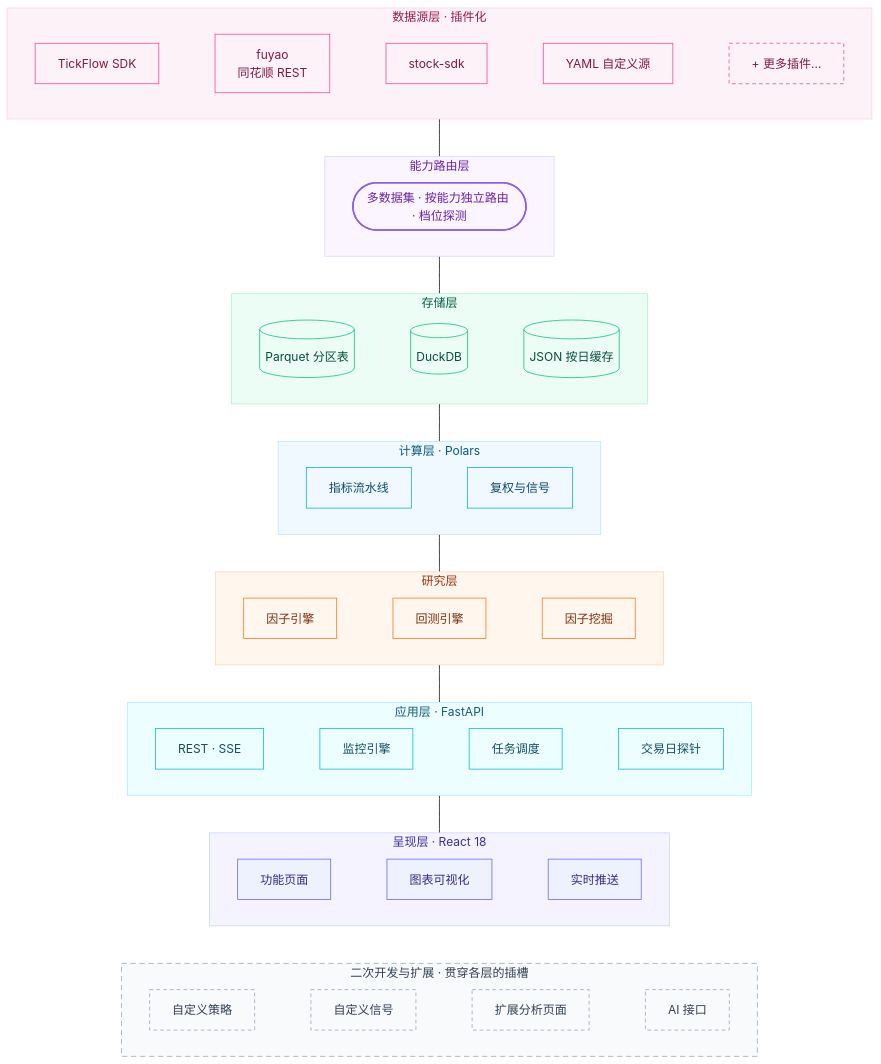
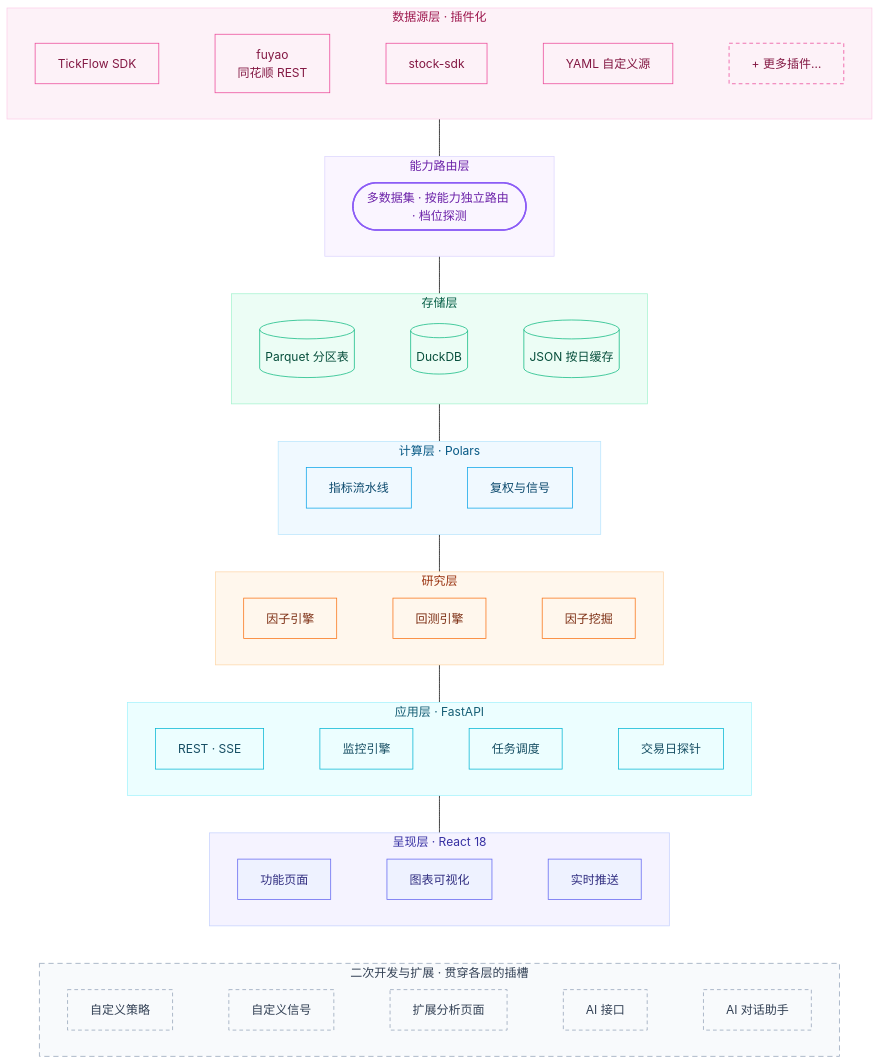
One commit to 899ms/tickflow-stock-panel changed the diagram in README.md. Above: the diagram before and after it, drawn with Mermaid (forest theme). The commit also changed other lines of this file and 19 other files, not shown here.

````diff
--- a/README.md
+++ b/README.md
@@ -216,79 +256,79 @@
 ```mermaid
 flowchart TB
     subgraph DATA["数据源层 · 插件化"]
         direction LR
         D1["TickFlow SDK"] ~~~ D2["fuyao<br/>同花顺 REST"] ~~~ D3["stock-sdk"] ~~~ D4["YAML 自定义源"] ~~~ D5["+ 更多插件…"]
     end
 
     subgraph ROUTE["能力路由层"]
         direction LR
         R(["多数据集 · 按能力独立路由 · 档位探测"])
     end
 
     subgraph STORE["存储层"]
         direction LR
         ST1[("Parquet 分区表")] ~~~ ST2[("DuckDB")] ~~~ ST3[("JSON 按日缓存")]
     end
 
     subgraph CALC["计算层 · Polars"]
         direction LR
         C1["指标流水线"] ~~~ C2["复权与信号"]
     end
 
     subgraph RES["研究层"]
         direction LR
         G1["因子引擎"] ~~~ G2["回测引擎"] ~~~ G3["因子挖掘"]
     end
 
     subgraph SVC["应用层 · FastAPI"]
         direction LR
         S1["REST · SSE"] ~~~ S2["监控引擎"] ~~~ S3["任务调度"] ~~~ S4["交易日探针"]
     end
 
     subgraph FE["呈现层 · React 18"]
         direction LR
         F1["功能页面"] ~~~ F2["图表可视化"] ~~~ F3["实时推送"]
     end
 
     subgraph EXT["二次开发与扩展 · 贯穿各层的插槽"]
         direction LR
-        X1["自定义策略"] ~~~ X2["自定义信号"] ~~~ X3["扩展分析页面"] ~~~ X4["AI 接口"]
+        X1["自定义策略"] ~~~ X2["自定义信号"] ~~~ X3["扩展分析页面"] ~~~ X4["AI 接口"] ~~~ X5["AI 对话助手"]
     end
 
     DATA --- ROUTE
     ROUTE --- STORE
     STORE --- CALC
     CALC --- RES
     RES --- SVC
     SVC --- FE
     FE ~~~ EXT
 
     classDef fe fill:#eef2ff,stroke:#6366f1,color:#312e81
     classDef svc fill:#ecfeff,stroke:#06b6d4,color:#164e63
     classDef res fill:#fff7ed,stroke:#f97316,color:#7c2d12
     classDef calc fill:#f0f9ff,stroke:#0ea5e9,color:#0c4a6e
     classDef store fill:#ecfdf5,stroke:#10b981,color:#064e3b
     classDef data fill:#fdf2f8,stroke:#ec4899,color:#831843
     classDef pluginSlot fill:#fdf2f8,stroke:#ec4899,color:#831843,stroke-dasharray:5 4
     classDef route fill:#faf5ff,stroke:#8b5cf6,color:#6b21a8,stroke-width:2px
     classDef ext fill:#f8fafc,stroke:#94a3b8,color:#334155,stroke-dasharray:5 4
 
     class F1,F2,F3 fe
     class S1,S2,S3,S4 svc
     class G1,G2,G3 res
     class C1,C2 calc
     class ST1,ST2,ST3 store
     class D1,D2,D3,D4 data
     class D5 pluginSlot
     class R route
-    class X1,X2,X3,X4 ext
+    class X1,X2,X3,X4,X5 ext
 
     style FE fill:#f5f3ff,stroke:#c7d2fe,color:#3730a3
     style SVC fill:#ecfeff,stroke:#a5f3fc,color:#155e75
     style RES fill:#fff7ed,stroke:#fed7aa,color:#9a3412
     style CALC fill:#f0f9ff,stroke:#bae6fd,color:#075985
     style STORE fill:#ecfdf5,stroke:#a7f3d0,color:#065f46
     style ROUTE fill:#faf5ff,stroke:#ddd6fe,color:#6b21a8
     style DATA fill:#fdf2f8,stroke:#fbcfe8,color:#9d174d
     style EXT fill:#f8fafc,stroke:#94a3b8,color:#334155,stroke-dasharray:7 5
 ```
````
